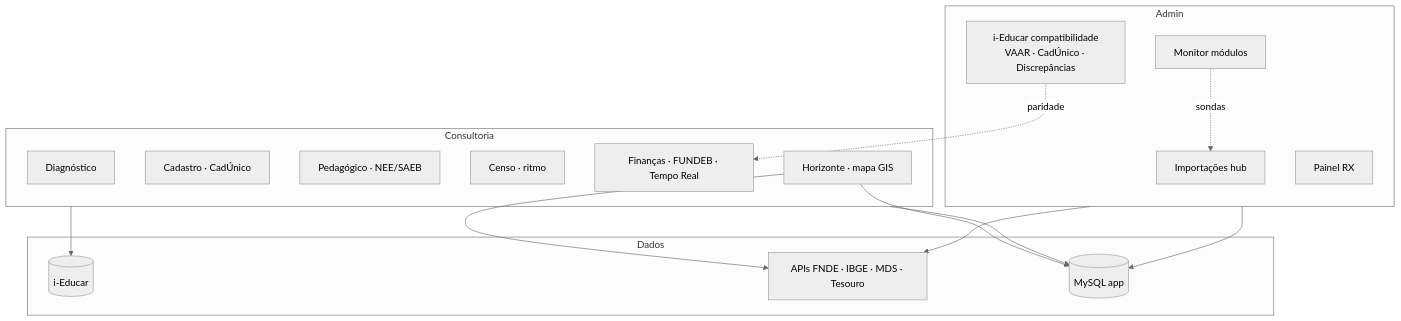
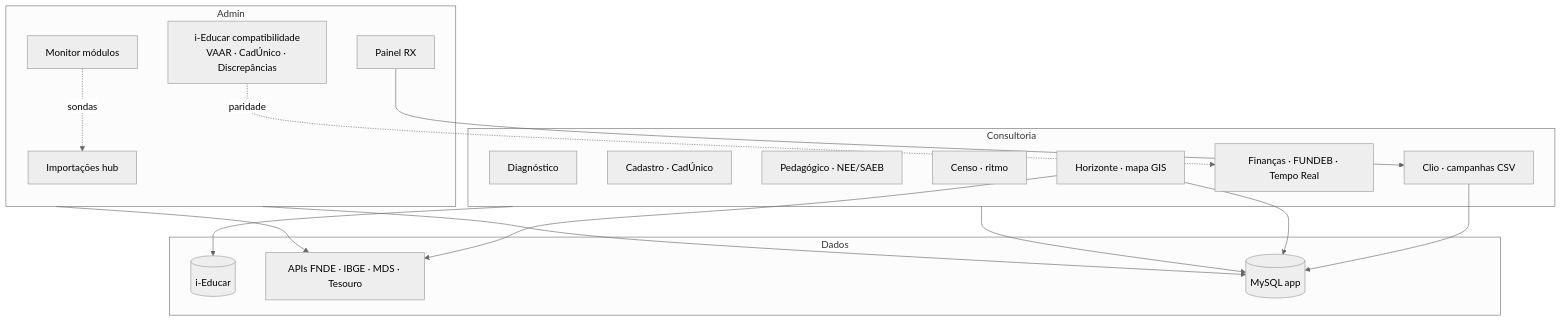
Before and after one commit to JaderGabriel/serventec-servlitcys: the diagram in docs/STATUS_PROJETO.md, drawn with Mermaid (neutral theme). The commit also changed other lines of this file and 12 other files, not shown here.

````diff
--- a/docs/STATUS_PROJETO.md
+++ b/docs/STATUS_PROJETO.md
@@ -13,33 +13,36 @@
 ```mermaid
 flowchart TB
     subgraph Consultoria
         D[Diagnóstico]
         CAD[Cadastro · CadÚnico]
         PED[Pedagógico · NEE/SAEB]
         CEN[Censo · ritmo]
+        CLI[Clio · campanhas CSV]
         FIN[Finanças · FUNDEB · Tempo Real]
         HOR[Horizonte · mapa GIS]
     end
 
     subgraph Admin
         IMP[Importações hub]
         COMP[i-Educar compatibilidade<br/>VAAR · CadÚnico · Discrepâncias]
         RX[Painel RX]
         Mon[Monitor módulos]
     end
 
     subgraph Dados
         IED[(i-Educar)]
         PUB[APIs FNDE · IBGE · MDS · Tesouro]
         LOC[(MySQL app)]
     end
 
     Consultoria --> IED
     Consultoria --> LOC
+    CLI --> LOC
+    RX --> CLI
     HOR --> PUB
     HOR --> LOC
     Admin --> PUB
     Admin --> LOC
     COMP -.->|paridade| FIN
     Mon -.->|sondas| IMP
 ```
````
